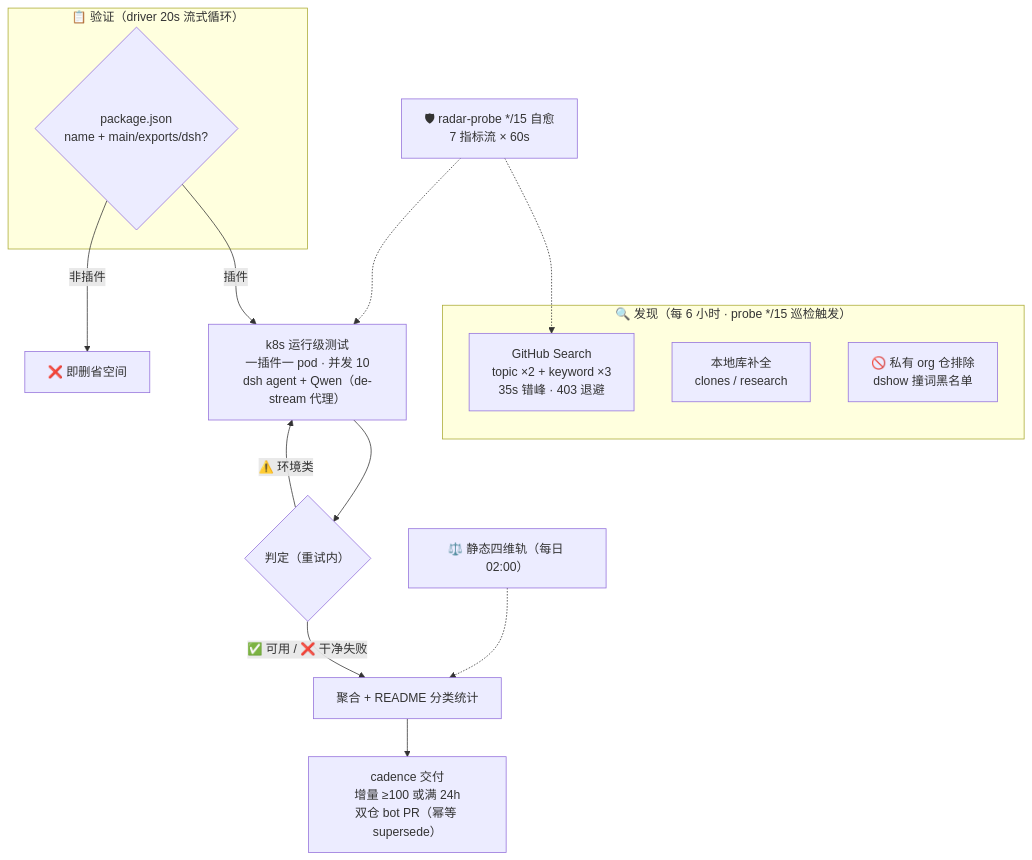
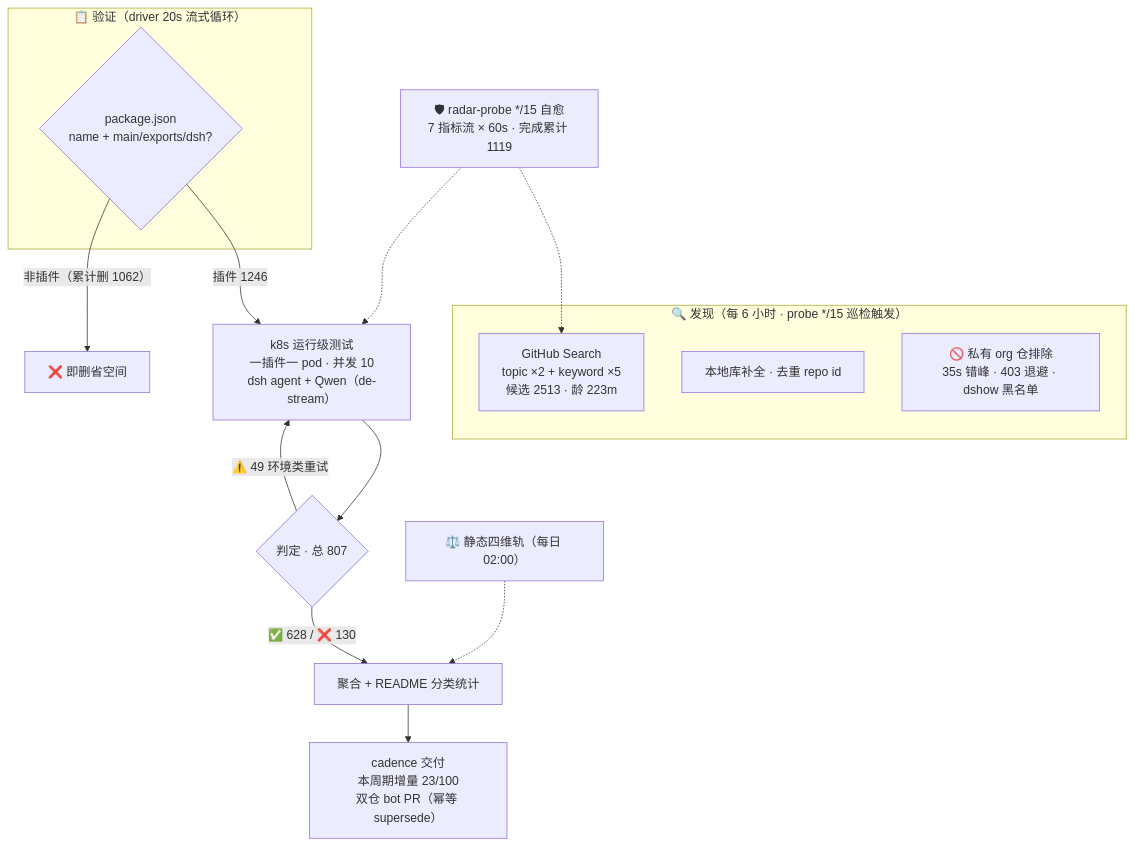
The diagram in README.md (YEYEYEYESHIFU/awesome-dsh-plugins), drawn with Mermaid before and after one commit.

Commit message:
feat(E): 工作原理图升级为活数字版——拓扑读脚本常量 + 计数读指标流（候选2513/插件1246/判定807=628✅130❌49⚠️/增量23/100），cadence 交付自动刷新

````diff
--- a/README.md
+++ b/README.md
@@ -17,20 +17,20 @@
 ```mermaid
 flowchart TB
     subgraph Discovery["🔍 发现（每 6 小时 · probe */15 巡检触发）"]
-        A1["GitHub Search<br/>topic ×2 + keyword ×3<br/>35s 错峰 · 403 退避"]
-        A2["本地库补全<br/>clones / research"]
-        A3["🚫 私有 org 仓排除<br/>dshow 撞词黑名单"]
+        A1["GitHub Search<br/>topic ×2 + keyword ×5<br/>候选 2513 · 龄 223m"]
+        A2["本地库补全 · 去重 repo id"]
+        A3["🚫 私有 org 仓排除<br/>35s 错峰 · 403 退避 · dshow 黑名单"]
     end
     subgraph Validation["📋 验证（driver 20s 流式循环）"]
         B1{"package.json<br/>name + main/exports/dsh?"}
     end
-    B1 -->|插件| C1["k8s 运行级测试<br/>一插件一 pod · 并发 10<br/>dsh agent + Qwen（de-stream 代理）"]
-    B1 -->|非插件| B3["❌ 即删省空间"]
-    C1 --> D1{"判定（重试内）"}
-    D1 -->|✅ 可用 / ❌ 干净失败| E1["聚合 + README 分类统计"]
-    D1 -->|⚠️ 环境类| C1
-    E1 --> E2["cadence 交付<br/>增量 ≥100 或满 24h<br/>双仓 bot PR（幂等 supersede）"]
+    B1 -->|"插件 1246"| C1["k8s 运行级测试<br/>一插件一 pod · 并发 10<br/>dsh agent + Qwen（de-stream）"]
+    B1 -->|"非插件（累计删 1062）"| B3["❌ 即删省空间"]
+    C1 --> D1{"判定 · 总 807"}
+    D1 -->|"✅ 628 / ❌ 130"| E1["聚合 + README 分类统计"]
+    D1 -->|"⚠️ 49 环境类重试"| C1
+    E1 --> E2["cadence 交付<br/>本周期增量 23/100<br/>双仓 bot PR（幂等 supersede）"]
     S["⚖️ 静态四维轨（每日 02:00）"] -.-> E1
-    M["🛡 radar-probe */15 自愈<br/>7 指标流 × 60s"] -.-> A1
+    M["🛡 radar-probe */15 自愈<br/>7 指标流 × 60s · 完成累计 1119"] -.-> A1
     M -.-> C1
 ```
````
